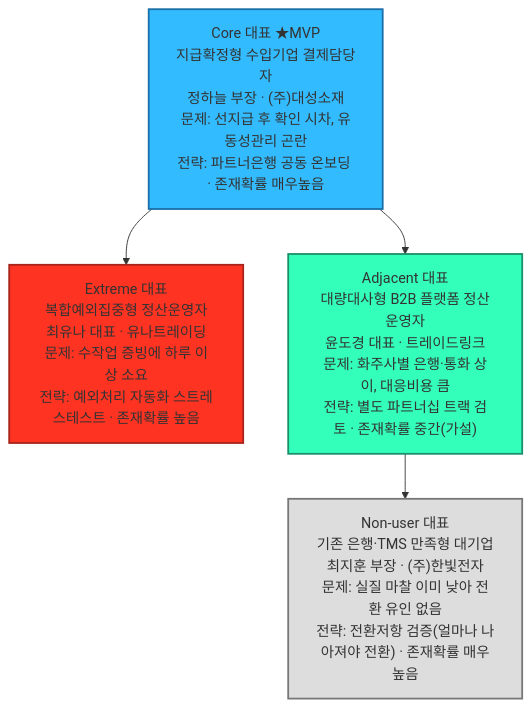
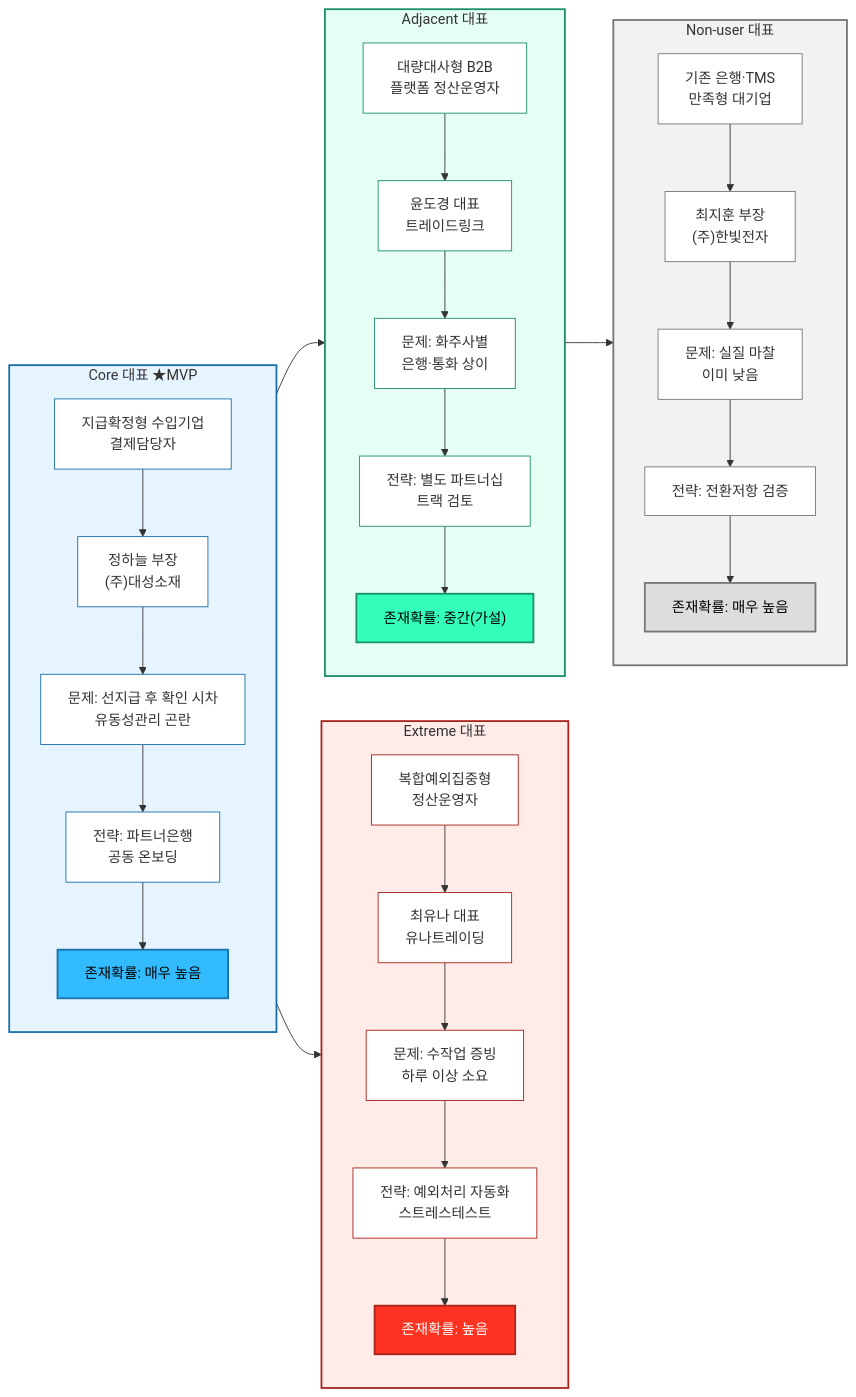
One commit to jennie-brain/business-analysis-frameworks changed the second of 2 diagrams in 05_페르소나_고객여정지도/01_페르소나스펙트럼_분석보고서.md. Above: the diagram before and after it, drawn with Mermaid. The commit also changed other lines of this file, not shown here.

Commit message:
5단계 Spectrum Map을 카드형 서브그래프로 재구성해 가독성 개선
5줄짜리 텍스트를 한 상자에 몰아넣은 이전 버전은 줄이 길어 읽기 어려웠다.
유형별 카드(subgraph)를 좌→우 스펙트럼으로 배치하고, 카드 안에서
이름/회사→문제→전략 액션→존재확률을 짧은 칩으로 위→아래 쌓아
정보량은 유지하면서 한눈에 읽히게 한다.

````diff
--- a/05_페르소나_고객여정지도/01_페르소나스펙트럼_분석보고서.md
+++ b/05_페르소나_고객여정지도/01_페르소나스펙트럼_분석보고서.md
@@ -146,16 +146,75 @@
 ```mermaid
-flowchart TB
-    CORE["Core 대표 ★MVP<br/>지급확정형 수입기업 결제담당자<br/>정하늘 부장 · (주)대성소재<br/>문제: 선지급 후 확인 시차, 유동성관리 곤란<br/>전략: 파트너은행 공동 온보딩 · 존재확률 매우높음"]
-    EXT["Extreme 대표<br/>복합예외집중형 정산운영자<br/>최유나 대표 · 유나트레이딩<br/>문제: 수작업 증빙에 하루 이상 소요<br/>전략: 예외처리 자동화 스트레스테스트 · 존재확률 높음"]
-    ADJ["Adjacent 대표<br/>대량대사형 B2B 플랫폼 정산운영자<br/>윤도경 대표 · 트레이드링크<br/>문제: 화주사별 은행·통화 상이, 대응비용 큼<br/>전략: 별도 파트너십 트랙 검토 · 존재확률 중간(가설)"]
-    NON["Non-user 대표<br/>기존 은행·TMS 만족형 대기업<br/>최지훈 부장 · (주)한빛전자<br/>문제: 실질 마찰 이미 낮아 전환 유인 없음<br/>전략: 전환저항 검증(얼마나 나아져야 전환) · 존재확률 매우높음"]
+flowchart LR
+    subgraph CORE_G["Core 대표 ★MVP"]
+        direction TB
+        C1["지급확정형 수입기업<br/>결제담당자"]
+        C2["정하늘 부장<br/>(주)대성소재"]
+        C3["문제: 선지급 후 확인 시차<br/>유동성관리 곤란"]
+        C4["전략: 파트너은행<br/>공동 온보딩"]
+        C5["존재확률: 매우 높음"]
+        C1 --> C2 --> C3 --> C4 --> C5
+    end
 
-    CORE --> EXT
-    CORE --> ADJ
-    ADJ --> NON
+    subgraph EXT_G["Extreme 대표"]
+        direction TB
+        E1["복합예외집중형<br/>정산운영자"]
+        E2["최유나 대표<br/>유나트레이딩"]
+        E3["문제: 수작업 증빙<br/>하루 이상 소요"]
+        E4["전략: 예외처리 자동화<br/>스트레스테스트"]
+        E5["존재확률: 높음"]
+        E1 --> E2 --> E3 --> E4 --> E5
+    end
 
-    style CORE fill:#33BBFF,stroke:#1b6fa8,stroke-width:2px
-    style EXT fill:#FF3322,stroke:#a8241b,stroke-width:2px
-    style ADJ fill:#33FFBB,stroke:#1b8f6b,stroke-width:2px
-    style NON fill:#DDDDDD,stroke:#777777,stroke-width:2px
+    subgraph ADJ_G["Adjacent 대표"]
+        direction TB
+        A1["대량대사형 B2B<br/>플랫폼 정산운영자"]
+        A2["윤도경 대표<br/>트레이드링크"]
+        A3["문제: 화주사별<br/>은행·통화 상이"]
+        A4["전략: 별도 파트너십<br/>트랙 검토"]
+        A5["존재확률: 중간(가설)"]
+        A1 --> A2 --> A3 --> A4 --> A5
+    end
+
+    subgraph NON_G["Non-user 대표"]
+        direction TB
+        N1["기존 은행·TMS<br/>만족형 대기업"]
+        N2["최지훈 부장<br/>(주)한빛전자"]
+        N3["문제: 실질 마찰<br/>이미 낮음"]
+        N4["전략: 전환저항 검증"]
+        N5["존재확률: 매우 높음"]
+        N1 --> N2 --> N3 --> N4 --> N5
+    end
+
+    CORE_G --> EXT_G
+    CORE_G --> ADJ_G
+    ADJ_G --> NON_G
+
+    style CORE_G fill:#E6F4FF,stroke:#1b6fa8,stroke-width:2px
+    style EXT_G fill:#FFEBE8,stroke:#a8241b,stroke-width:2px
+    style ADJ_G fill:#E6FFF4,stroke:#1b8f6b,stroke-width:2px
+    style NON_G fill:#F2F2F2,stroke:#777777,stroke-width:2px
+
+    style C1 fill:#ffffff,stroke:#1b6fa8
+    style C2 fill:#ffffff,stroke:#1b6fa8
+    style C3 fill:#ffffff,stroke:#1b6fa8
+    style C4 fill:#ffffff,stroke:#1b6fa8
+    style C5 fill:#33BBFF,stroke:#1b6fa8,color:#000000,stroke-width:2px
+
+    style E1 fill:#ffffff,stroke:#a8241b
+    style E2 fill:#ffffff,stroke:#a8241b
+    style E3 fill:#ffffff,stroke:#a8241b
+    style E4 fill:#ffffff,stroke:#a8241b
+    style E5 fill:#FF3322,stroke:#a8241b,color:#ffffff,stroke-width:2px
+
+    style A1 fill:#ffffff,stroke:#1b8f6b
+    style A2 fill:#ffffff,stroke:#1b8f6b
+    style A3 fill:#ffffff,stroke:#1b8f6b
+    style A4 fill:#ffffff,stroke:#1b8f6b
+    style A5 fill:#33FFBB,stroke:#1b8f6b,color:#000000,stroke-width:2px
+
+    style N1 fill:#ffffff,stroke:#777777
+    style N2 fill:#ffffff,stroke:#777777
+    style N3 fill:#ffffff,stroke:#777777
+    style N4 fill:#ffffff,stroke:#777777
+    style N5 fill:#DDDDDD,stroke:#777777,color:#000000,stroke-width:2px
 ```
````
